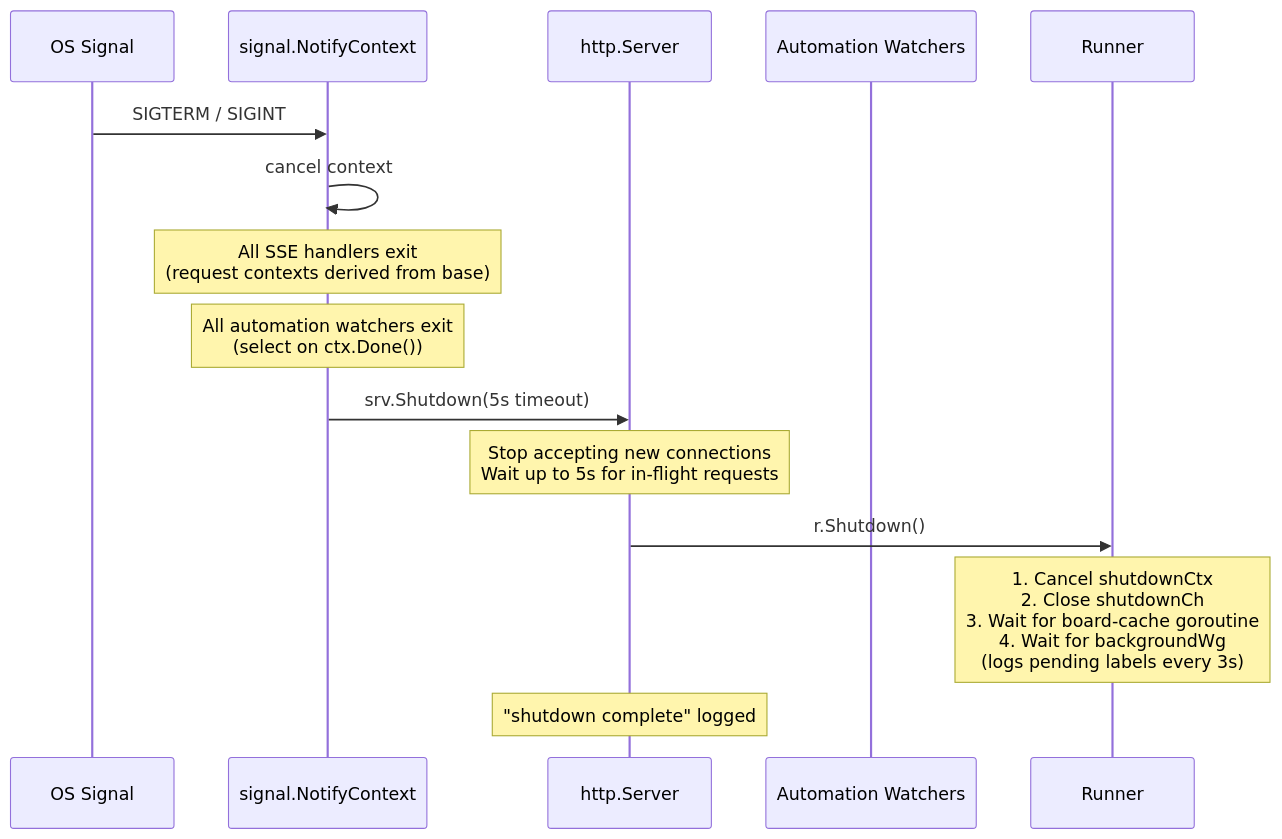
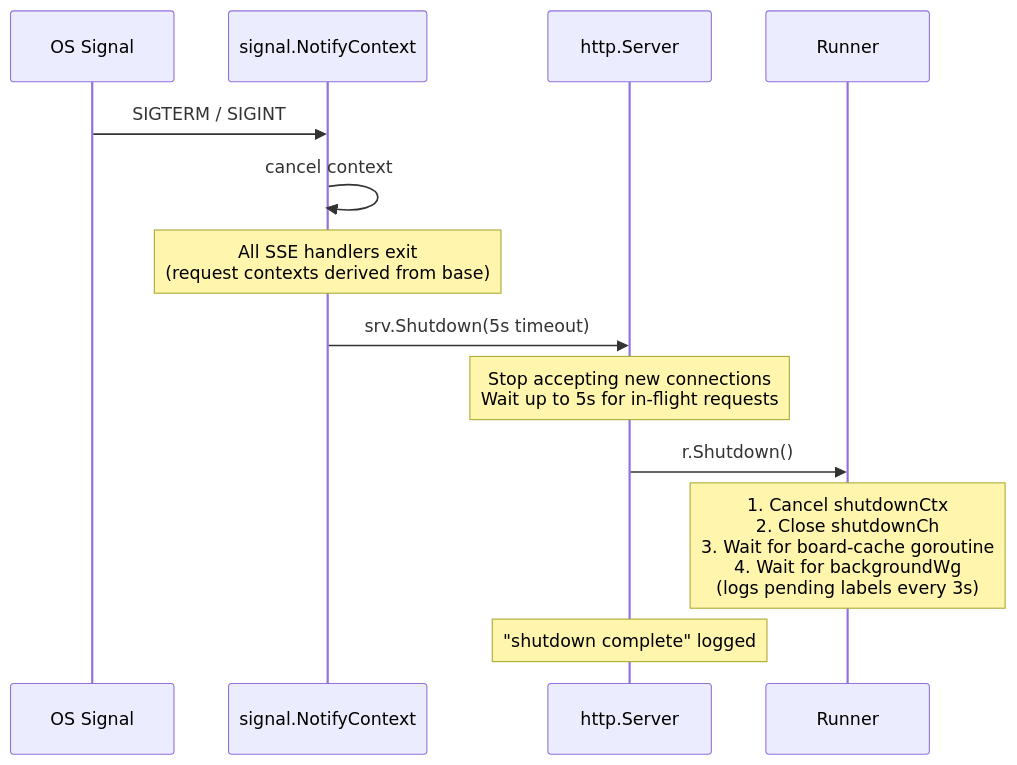
Before and after one commit to changkun/wallfacer: the third of 3 diagrams in docs/internals/api-and-transport.md, drawn with Mermaid. The commit also changed other lines of this file and 19 other files, not shown here.

````diff
--- a/docs/internals/api-and-transport.md
+++ b/docs/internals/api-and-transport.md
@@ -487,21 +480,19 @@
 ```mermaid
 sequenceDiagram
     participant OS as OS Signal
     participant Ctx as signal.NotifyContext
     participant Srv as http.Server
-    participant Watchers as Automation Watchers
     participant Runner as Runner
 
     OS->>Ctx: SIGTERM / SIGINT
     Ctx->>Ctx: cancel context
     Note over Ctx: All SSE handlers exit<br/>(request contexts derived from base)
-    Note over Ctx: All automation watchers exit<br/>(select on ctx.Done())
 
     Ctx->>Srv: srv.Shutdown(5s timeout)
     Note over Srv: Stop accepting new connections<br/>Wait up to 5s for in-flight requests
 
     Srv->>Runner: r.Shutdown()
     Note over Runner: 1. Cancel shutdownCtx<br/>2. Close shutdownCh<br/>3. Wait for board-cache goroutine<br/>4. Wait for backgroundWg<br/>   (logs pending labels every 3s)
 
     Note over Srv: "shutdown complete" logged
 ```
````
